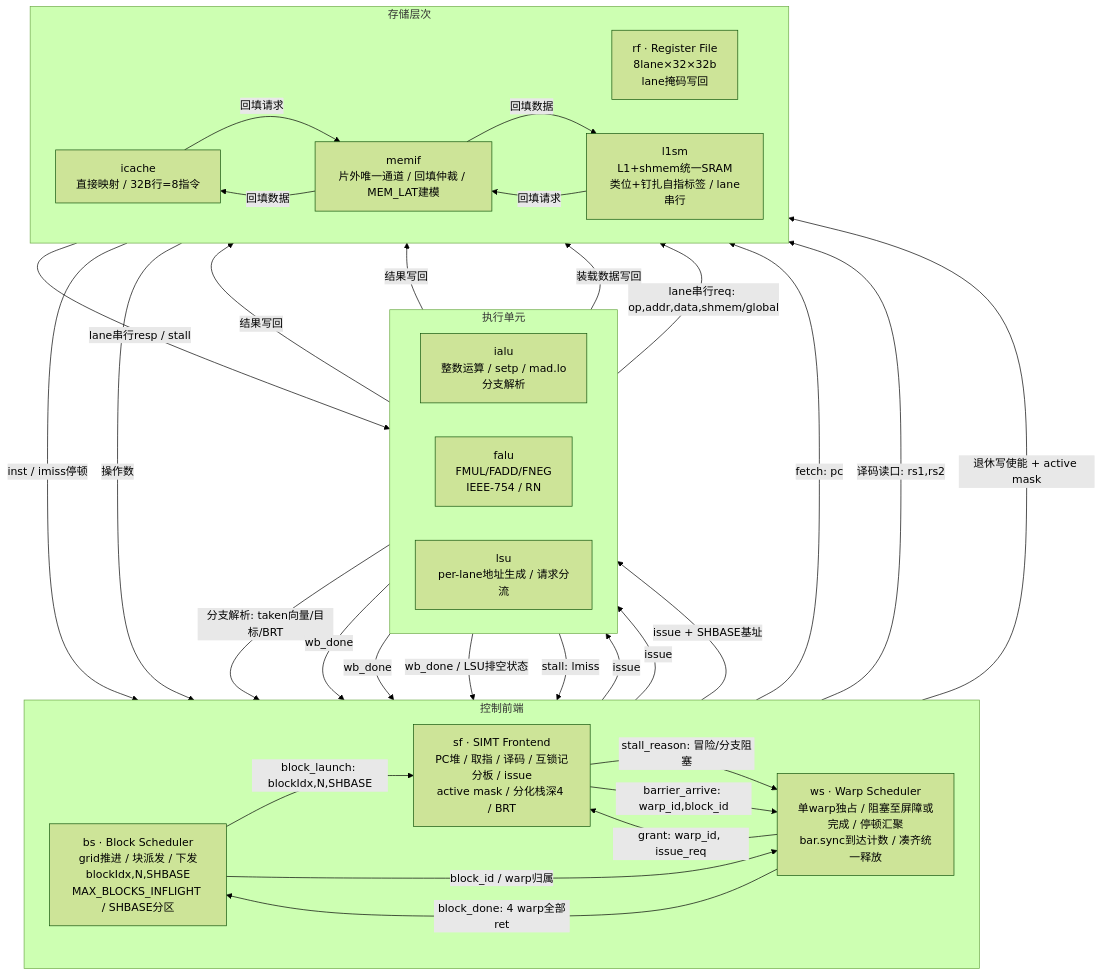
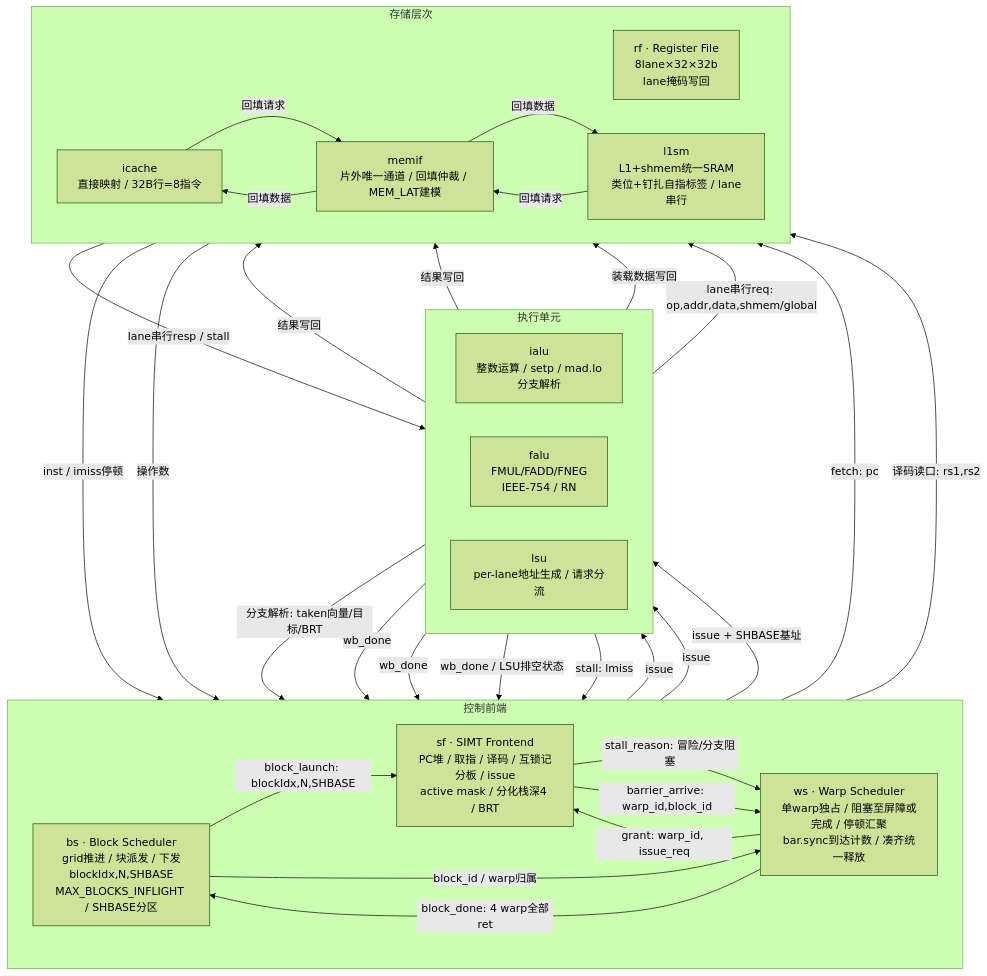
One commit to Up-desires-big-result/easy_simt changed the diagram in top/docs/ma_spec_v0.1.md. Above: the diagram before and after it, drawn with Mermaid (forest theme). The commit also changed other lines of this file, not shown here.

````diff
--- a/top/docs/ma_spec_v0.1.md
+++ b/top/docs/ma_spec_v0.1.md
@@ -69,68 +79,67 @@
 ```mermaid
 flowchart TB
   subgraph CTRL["控制前端"]
     direction LR
     bs["bs · Block Scheduler<br/>grid推进 / 块派发 / 下发blockIdx,N,SHBASE<br/>MAX_BLOCKS_INFLIGHT / SHBASE分区"]
     ws["ws · Warp Scheduler<br/>单warp独占 / 阻塞至屏障或完成 / 停顿汇聚<br/>bar.sync到达计数 / 凑齐统一释放"]
     sf["sf · SIMT Frontend<br/>PC堆 / 取指 / 译码 / 互锁记分板 / issue<br/>active mask / 分化栈深4 / BRT"]
   end
 
   subgraph EXEC["执行单元"]
     direction LR
     ialu["ialu<br/>整数运算 / setp / mad.lo<br/>分支解析"]
     falu["falu<br/>FMUL/FADD/FNEG<br/>IEEE-754 / RN"]
     lsu["lsu<br/>per-lane地址生成 / 请求分流"]
   end
 
   subgraph STOR["存储层次"]
     direction LR
     rf["rf · Register File<br/>8lane×32×32b<br/>lane掩码写回"]
     icache["icache<br/>直接映射 / 32B行=8指令"]
     l1sm["l1sm<br/>L1+shmem统一SRAM<br/>类位+钉扎自指标签 / lane串行"]
     memif["memif<br/>片外唯一通道 / 回填仲裁 / MEM_LAT建模"]
   end
 
   %% 块级控制
   bs -- "block_launch: blockIdx,N,SHBASE" --> sf
   bs -- "block_id / warp归属" --> ws
   ws -- "block_done: 4 warp全部ret" --> bs
 
   %% 发射对握
   ws -- "grant: warp_id, issue_req" --> sf
   sf -- "stall_reason: 冒险/分支阻塞" --> ws
   sf -- "barrier_arrive: warp_id,block_id" --> ws
 
   %% 取指
   sf -- "fetch: pc" --> icache
   icache -- "inst / imiss停顿" --> sf
 
   %% 寄存器堆
   sf -- "译码读口: rs1,rs2" --> rf
   rf -- "操作数" --> sf
-  sf -- "退休写使能 + active mask" --> rf
 
   %% issue与分支回注
   sf -- "issue" --> ialu
   sf -- "issue" --> falu
   sf -- "issue + SHBASE基址" --> lsu
   ialu -- "分支解析: taken向量/目标/BRT" --> sf
 
   %% 写回与记分板
   ialu -- "结果写回" --> rf
   falu -- "结果写回" --> rf
   lsu -- "装载数据写回" --> rf
   ialu -- "wb_done" --> sf
   falu -- "wb_done" --> sf
   lsu -- "wb_done / LSU排空状态" --> sf
 
   %% 访存
   lsu -- "stall: lmiss" --> ws
   lsu -- "lane串行req: op,addr,data,shmem/global" --> l1sm
   l1sm -- "lane串行resp / stall" --> lsu
 
   %% 片外
   icache -- "回填请求" --> memif
   memif -- "回填数据" --> icache
   l1sm -- "回填请求" --> memif
   memif -- "回填数据" --> l1sm
 ```
````
